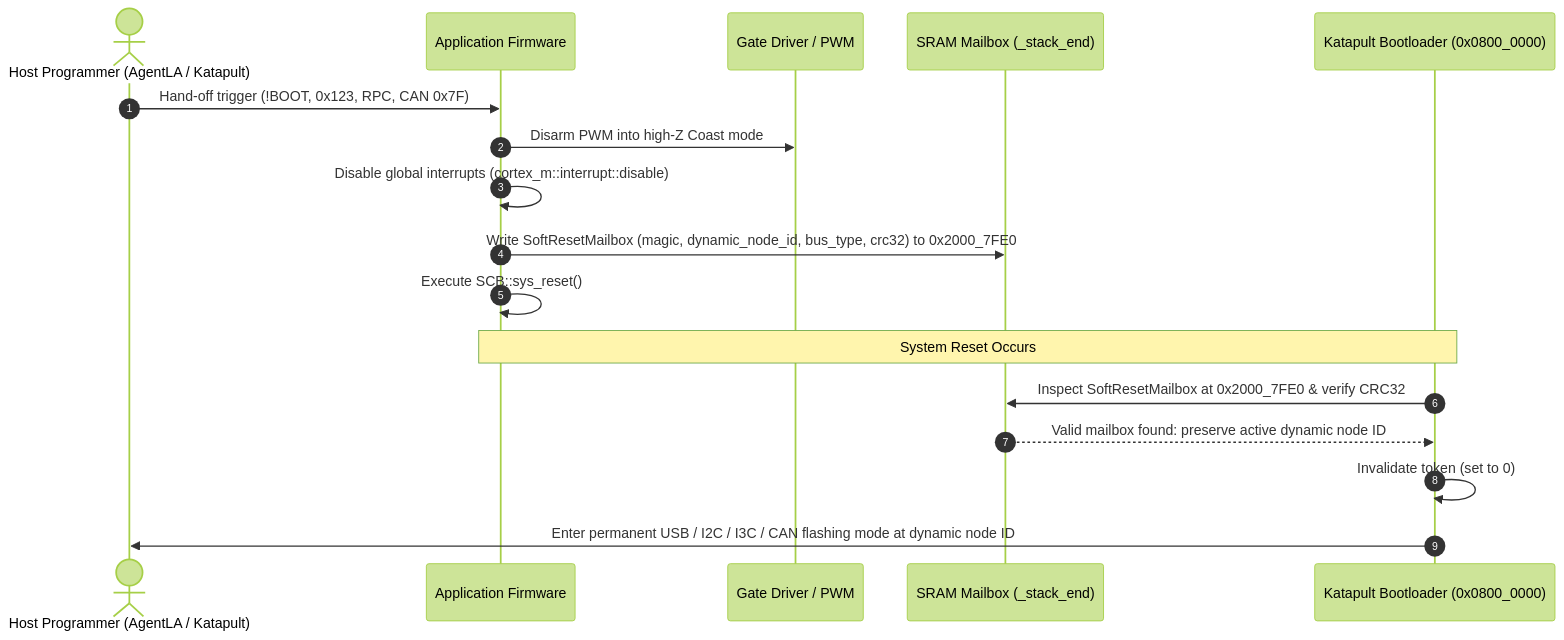
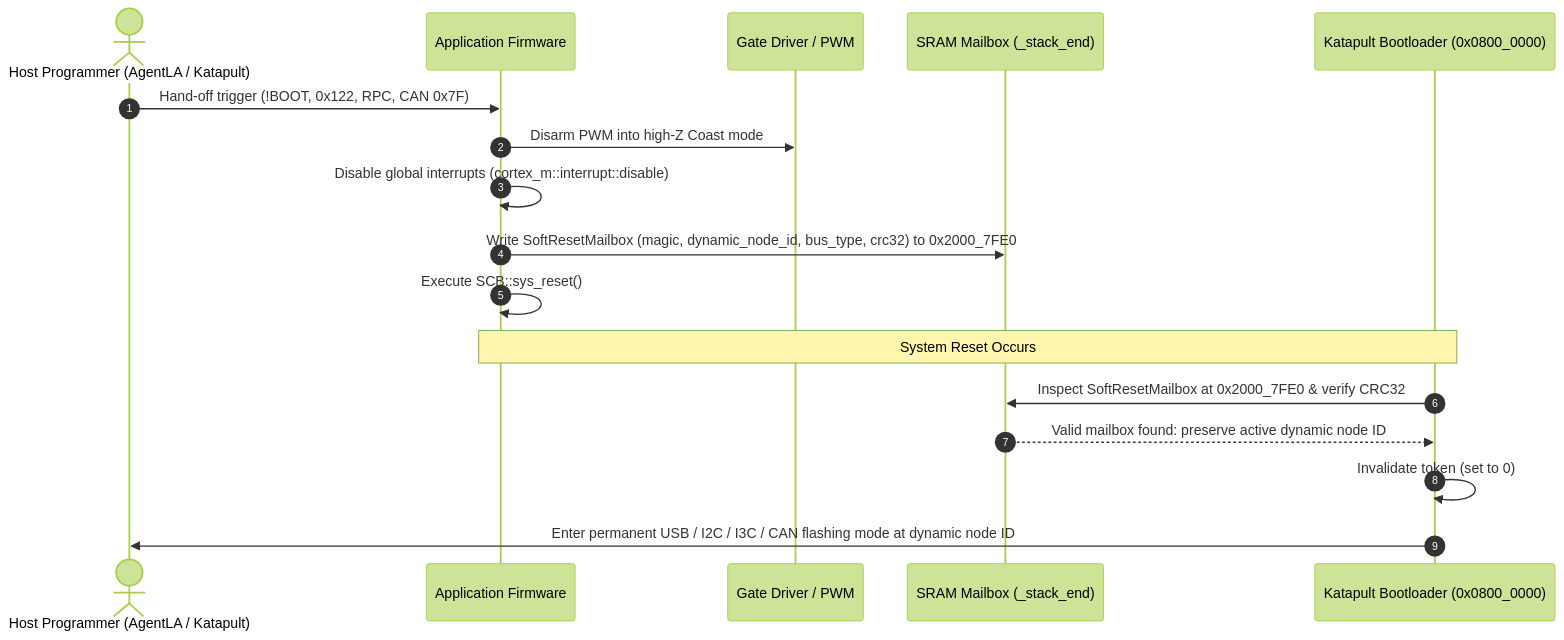
Before and after one commit to bareFOC/barefoc.github.io: the diagram in docs/platforms/bootloader.md, drawn with Mermaid (forest theme). The commit also changed other lines of this file and 4 other files, not shown here.

````diff
--- a/docs/platforms/bootloader.md
+++ b/docs/platforms/bootloader.md
@@ -21,20 +21,20 @@
 ```mermaid
 sequenceDiagram
     autonumber
     actor Host as Host Programmer (AgentLA / Katapult)
     participant App as Application Firmware
     participant Inverter as Gate Driver / PWM
     participant SRAM as SRAM Mailbox (_stack_end)
     participant Boot as Katapult Bootloader (0x0800_0000)
 
-    Host->>App: Hand-off trigger (!BOOT, 0x123, RPC, CAN 0x7F)
+    Host->>App: Hand-off trigger (!BOOT, 0x122, RPC, CAN 0x7F)
     App->>Inverter: Disarm PWM into high-Z Coast mode
     App->>App: Disable global interrupts (cortex_m::interrupt::disable)
     App->>SRAM: Write SoftResetMailbox (magic, dynamic_node_id, bus_type, crc32) to 0x2000_7FE0
     App->>App: Execute SCB::sys_reset()
     Note over App, Boot: System Reset Occurs
     Boot->>SRAM: Inspect SoftResetMailbox at 0x2000_7FE0 & verify CRC32
     SRAM-->>Boot: Valid mailbox found: preserve active dynamic node ID
     Boot->>Boot: Invalidate token (set to 0)
     Boot->>Host: Enter permanent USB / I2C / I3C / CAN flashing mode at dynamic node ID
 ```
````
